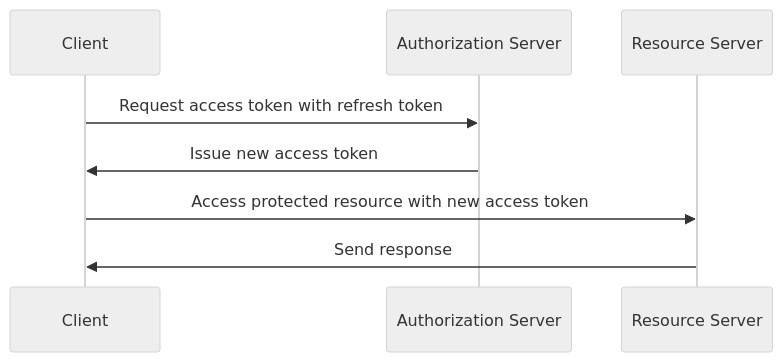
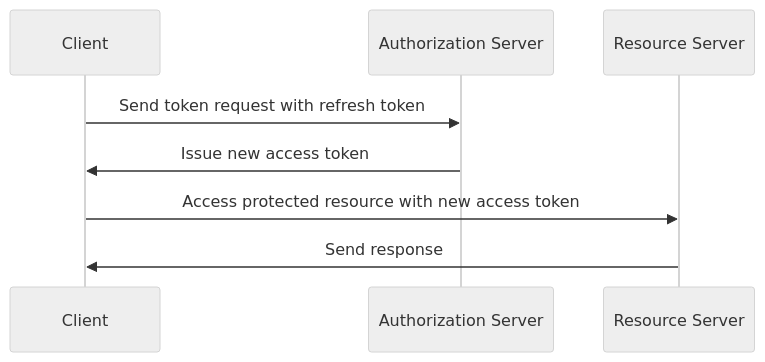
One commit to logto-io/auth-wiki changed the diagram in src/articles/refresh-token.mdx. Above: the diagram before and after it, drawn with Mermaid (neutral theme). The commit also changed other lines of this file and 8 other files, not shown here.

````diff
--- a/src/articles/refresh-token.mdx
+++ b/src/articles/refresh-token.mdx
@@ -17,11 +30,11 @@
 ```mermaid
 sequenceDiagram
     participant Client
     participant Authorization Server
     participant Resource Server
 
-    Client->>Authorization Server: Request access token with refresh token
+    Client->>Authorization Server: Send token request with refresh token
     Authorization Server->>Client: Issue new access token
     Client->>Resource Server: Access protected resource with new access token
     Resource Server->>Client: Send response
 ```
````
